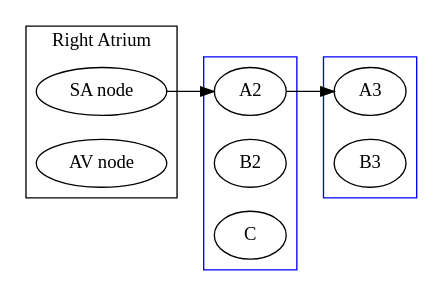
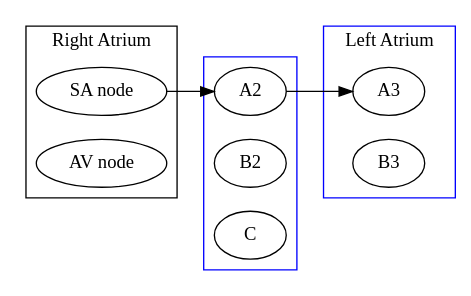
The second of 2 diagrams in NURS380_Practicum/Topics/EKG/EKG and Rhythms.md (meirisoda/school_spring2024), drawn with Graphviz before and after one commit.

Commit message:
vault backup: 2024-02-19 17:51:27

````diff
--- a/NURS380_Practicum/Topics/EKG/EKG and Rhythms.md
+++ b/NURS380_Practicum/Topics/EKG/EKG and Rhythms.md
@@ -209,35 +209,36 @@
 ```dot
 digraph g{
 	rankdir = LR;
 	node [shape = ellipse]
 	
 	A->A2->A3;
 
 	subgraph cluster0{
 		shape=rect;
 		rank=same;
 		A [label="SA node"];
 		B [label="AV node"];
 		label="Right Atrium";
 	}
 	
 	subgraph cluster1{
 		shape = rect;
 		rank=same;
 		A2;
 		B2;
 		C;
 		color=blue;
 		label="";
 	}
 
 	subgraph cluster2 {
 		shape=rect;
 		rank=same;
 		A3;
 		B3;
 		color=blue;
+		label="Left Atrium";
 	}
 	
 }
 ```
````
